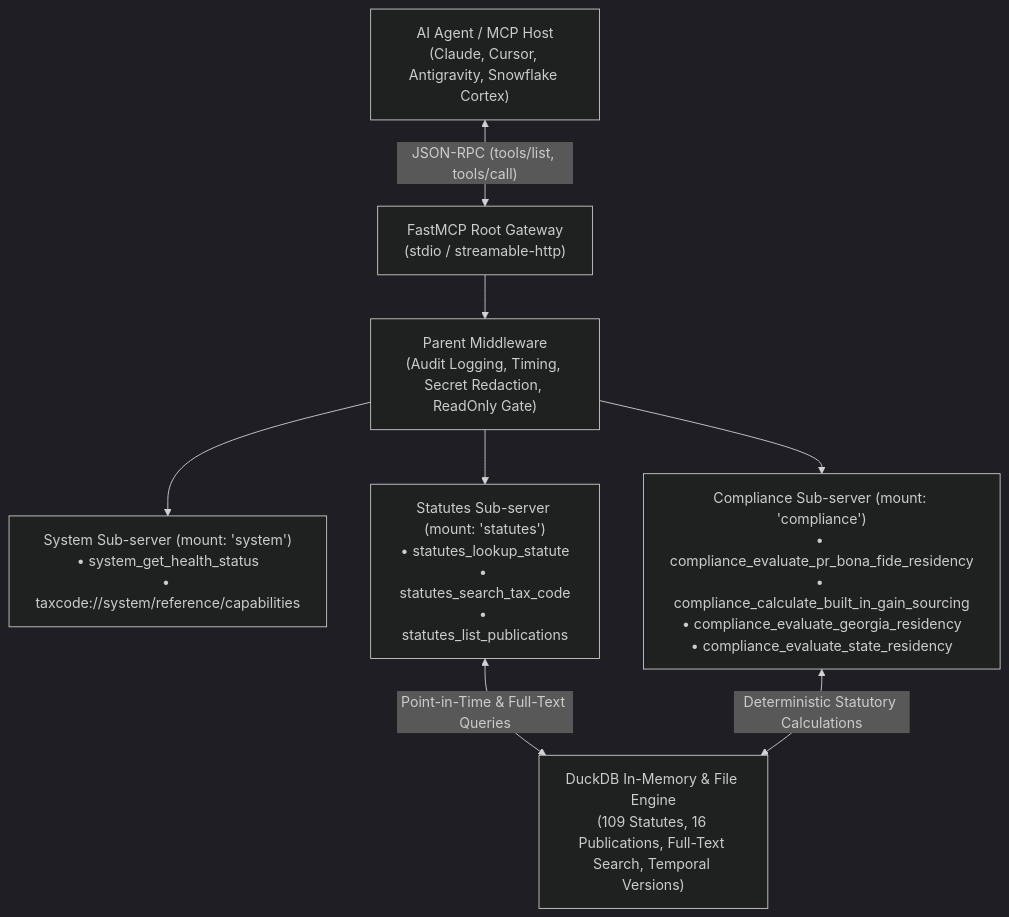
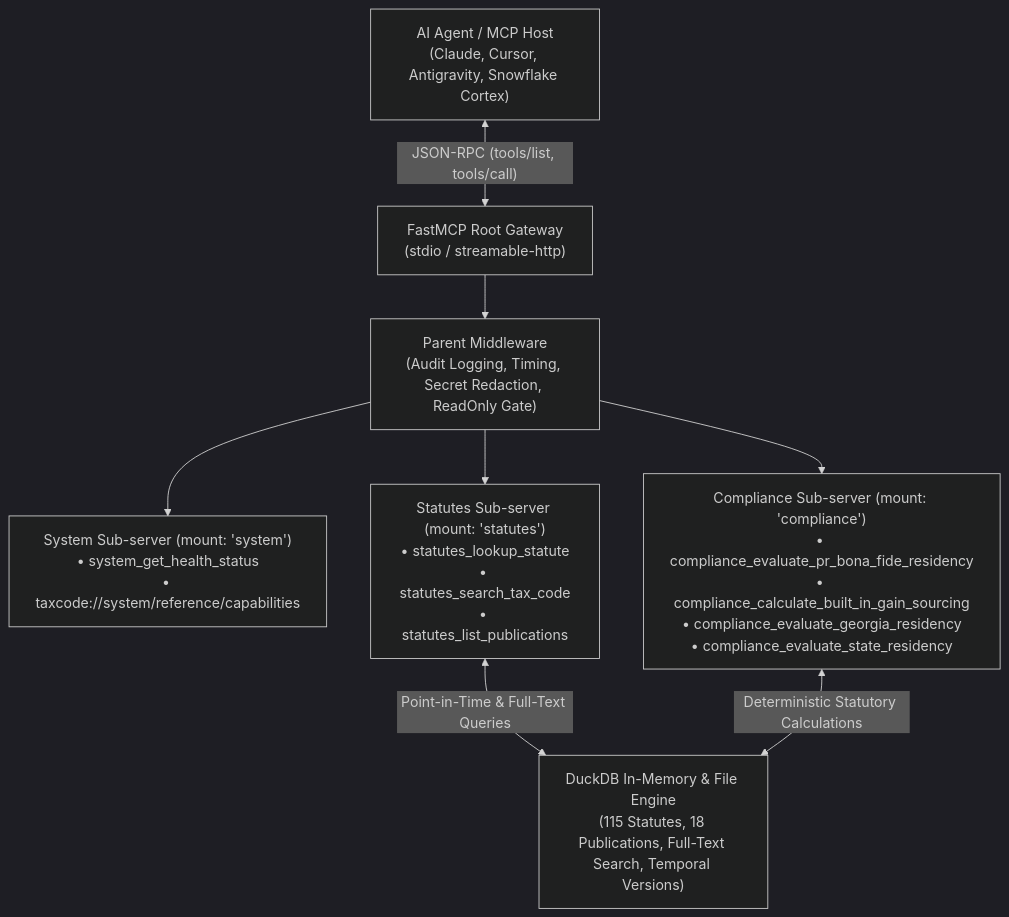
One commit to christianclaudio/mcp-server-taxcode changed the diagram in README.md. Above: the diagram before and after it, drawn with Mermaid (dark theme). The commit also changed other lines of this file and 24 other files, not shown here.

````diff
--- a/README.md
+++ b/README.md
@@ -22,18 +22,18 @@
 ```mermaid
 graph TD
     Client["AI Agent / MCP Host<br>(Claude, Cursor, Antigravity, Snowflake Cortex)"]
     Gateway["FastMCP Root Gateway<br>(stdio / streamable-http)"]
     ParentMW["Parent Middleware<br>(Audit Logging, Timing, Secret Redaction, ReadOnly Gate)"]
     SysSub["System Sub-server (mount: 'system')<br>• system_get_health_status<br>• taxcode://system/reference/capabilities"]
     StatSub["Statutes Sub-server (mount: 'statutes')<br>• statutes_lookup_statute<br>• statutes_search_tax_code<br>• statutes_list_publications"]
     CompSub["Compliance Sub-server (mount: 'compliance')<br>• compliance_evaluate_pr_bona_fide_residency<br>• compliance_calculate_built_in_gain_sourcing<br>• compliance_evaluate_georgia_residency<br>• compliance_evaluate_state_residency"]
-    DuckDB["DuckDB In-Memory & File Engine<br>(109 Statutes, 16 Publications, Full-Text Search, Temporal Versions)"]
+    DuckDB["DuckDB In-Memory & File Engine<br>(115 Statutes, 18 Publications, Full-Text Search, Temporal Versions)"]
 
     Client <-->|"JSON-RPC (tools/list, tools/call)"| Gateway
     Gateway --> ParentMW
     ParentMW --> SysSub
     ParentMW --> StatSub
     ParentMW --> CompSub
     StatSub <-->|"Point-in-Time & Full-Text Queries"| DuckDB
     CompSub <-->|"Deterministic Statutory Calculations"| DuckDB
 ```
````
